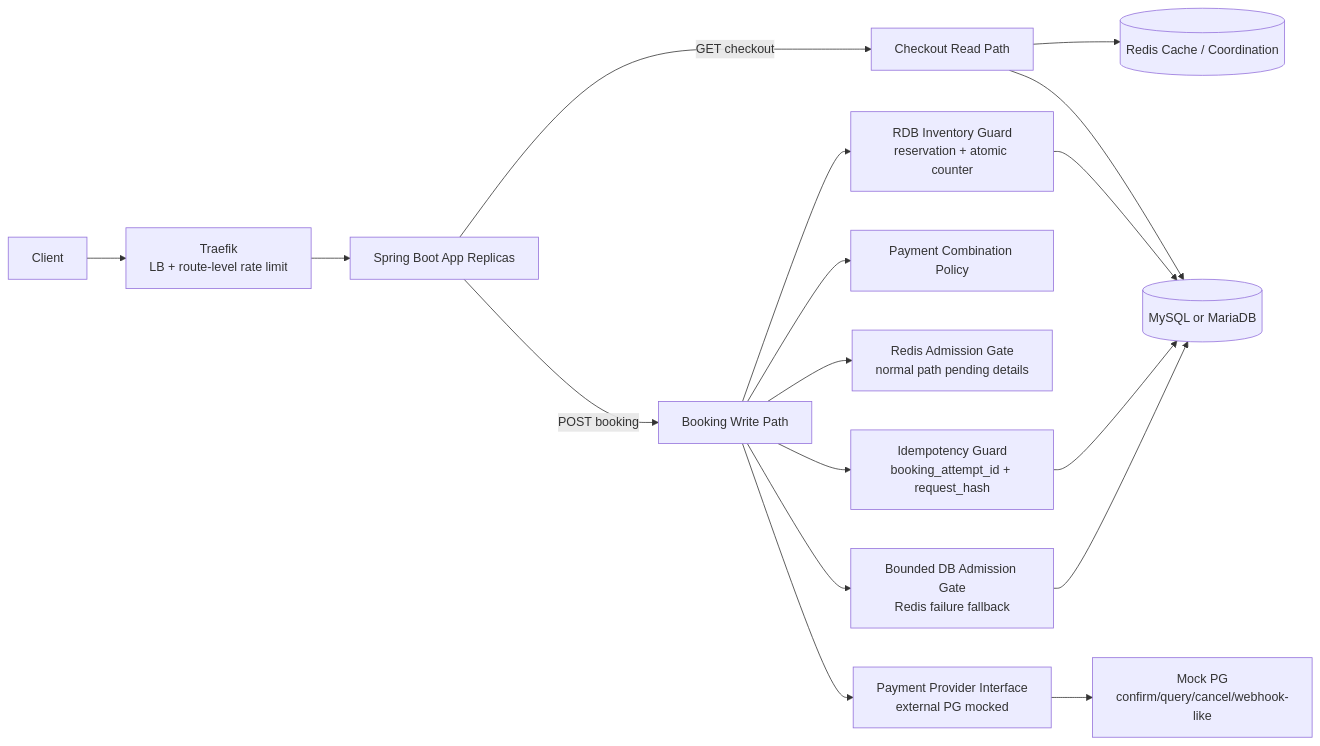
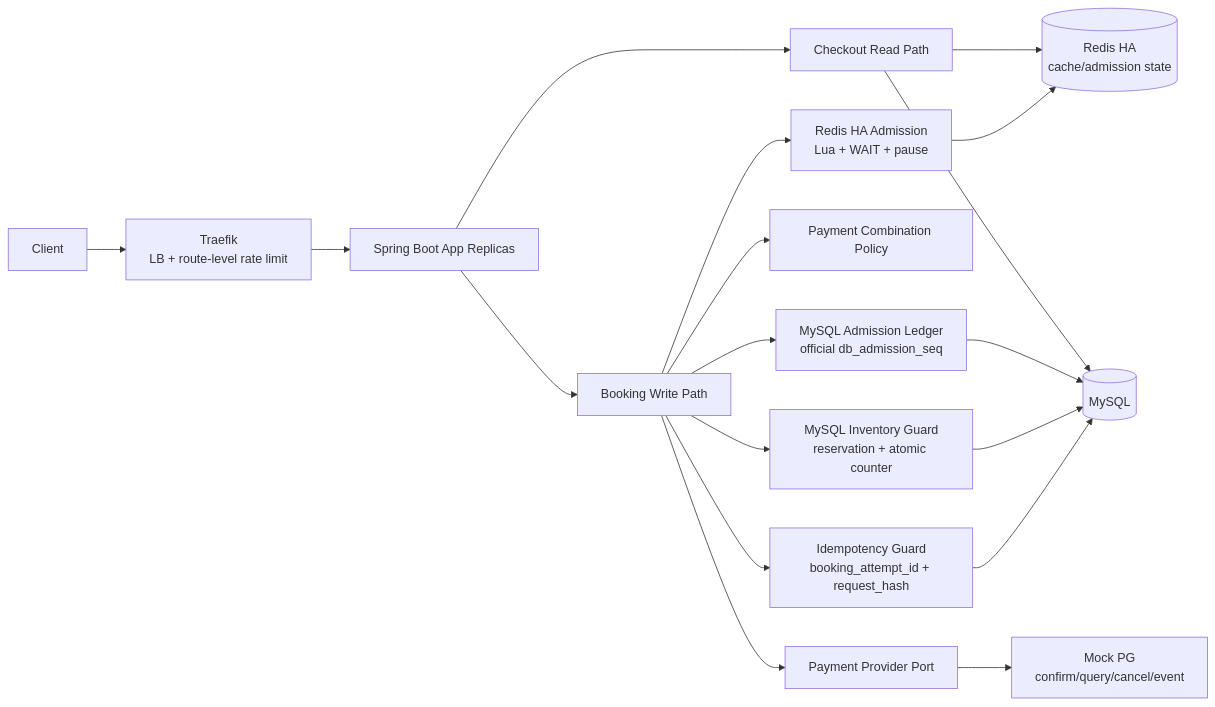
Before and after one commit to lsh1215/peak-booking-system: the first of 3 diagrams in docs/system-design/mock-interview.md, drawn with Mermaid. The commit also changed other lines of this file and 9 other files, not shown here.

````diff
--- a/docs/system-design/mock-interview.md
+++ b/docs/system-design/mock-interview.md
@@ -101,22 +36,23 @@
 ```mermaid
 flowchart LR
-    Client[Client] --> LB[Traefik<br/>LB + route-level rate limit]
-    LB --> App[Spring Boot App Replicas]
+    Client[Client] --> Traefik[Traefik<br/>LB + route-level rate limit]
+    Traefik --> App[Spring Boot App Replicas]
 
-    App -->|GET checkout| Checkout[Checkout Read Path]
-    Checkout --> Redis[(Redis Cache / Coordination)]
-    Checkout --> RDB[(MySQL or MariaDB)]
+    App --> Checkout[Checkout Read Path]
+    Checkout --> RedisHA[(Redis HA<br/>cache/admission state)]
+    Checkout --> MySQL[(MySQL)]
 
-    App -->|POST booking| Booking[Booking Write Path]
+    App --> Booking[Booking Write Path]
     Booking --> Idem[Idempotency Guard<br/>booking_attempt_id + request_hash]
-    Booking --> PaymentPolicy[Payment Combination Policy]
-    Booking --> RedisAdmission[Redis Admission Gate<br/>normal path pending details]
-    Booking --> DBAdmission[Bounded DB Admission Gate<br/>Redis failure fallback]
-    Booking --> RDBGuard[RDB Inventory Guard<br/>reservation + atomic counter]
-    Booking --> PaymentPort[Payment Provider Interface<br/>external PG mocked]
-    PaymentPort --> FakePG[Mock PG<br/>confirm/query/cancel/webhook-like]
+    Booking --> PayPolicy[Payment Combination Policy]
+    Booking --> RedisAdmission[Redis HA Admission<br/>Lua + WAIT + pause]
+    Booking --> AdmissionLedger[MySQL Admission Ledger<br/>official db_admission_seq]
+    Booking --> InventoryGuard[MySQL Inventory Guard<br/>reservation + atomic counter]
+    Booking --> PaymentPort[Payment Provider Port]
+    PaymentPort --> MockPG[Mock PG<br/>confirm/query/cancel/event]
 
-    RDBGuard --> RDB
-    Idem --> RDB
-    DBAdmission --> RDB
+    RedisAdmission --> RedisHA
+    AdmissionLedger --> MySQL
+    InventoryGuard --> MySQL
+    Idem --> MySQL
 ```
````
